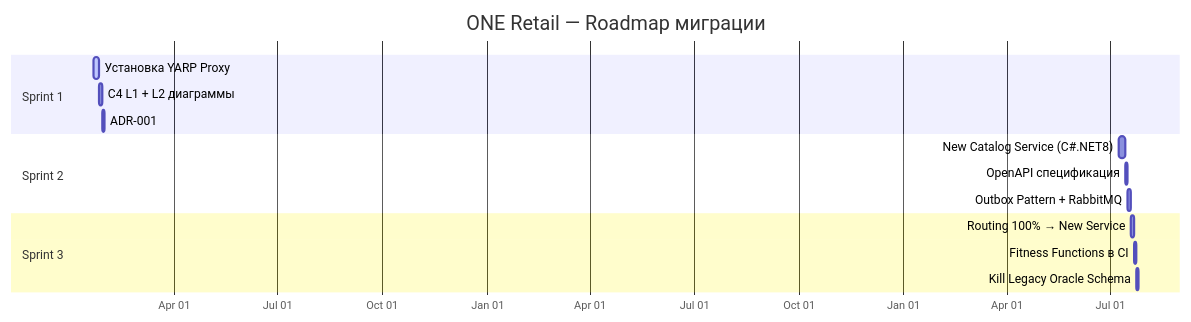
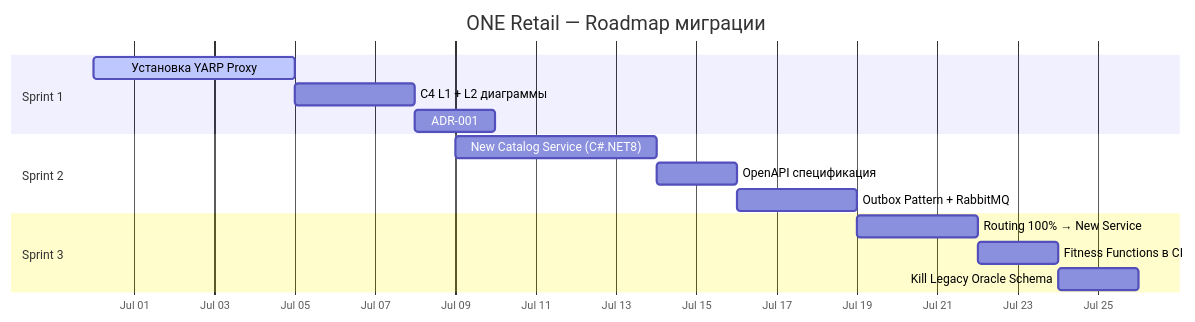
Diagram 11 of 18 in 9_Architecture_artifacts.md (DAndreev91/course_creator), drawn with Mermaid before and after one commit.

````diff
--- a/9_Architecture_artifacts.md
+++ b/9_Architecture_artifacts.md
@@ -459,21 +459,21 @@
 ```mermaid
 gantt
     title ONE Retail — Roadmap миграции
     dateFormat  YYYY-MM-DD
     axisFormat  %b %d
     
     section Sprint 1
-    Установка YARP Proxy          :active, s1_1, 2024-01-22, 5d
+    Установка YARP Proxy          :active, s1_1, 2026-06-30, 5d
     C4 L1 + L2 диаграммы          :s1_2, after s1_1, 3d
     ADR-001: выбор брокера        :s1_3, after s1_2, 2d
     
     section Sprint 2
     New Catalog Service (C#.NET8) :s2_1, after s1_3, 5d
     OpenAPI спецификация          :s2_2, after s2_1, 2d
     Outbox Pattern + RabbitMQ     :s2_3, after s2_2, 3d
     
     section Sprint 3
     Routing 100% → New Service    :s3_1, after s2_3, 3d
     Fitness Functions в CI        :s3_2, after s3_1, 2d
     Kill Legacy Oracle Schema     :s3_3, after s3_2, 2d
 ```
````
